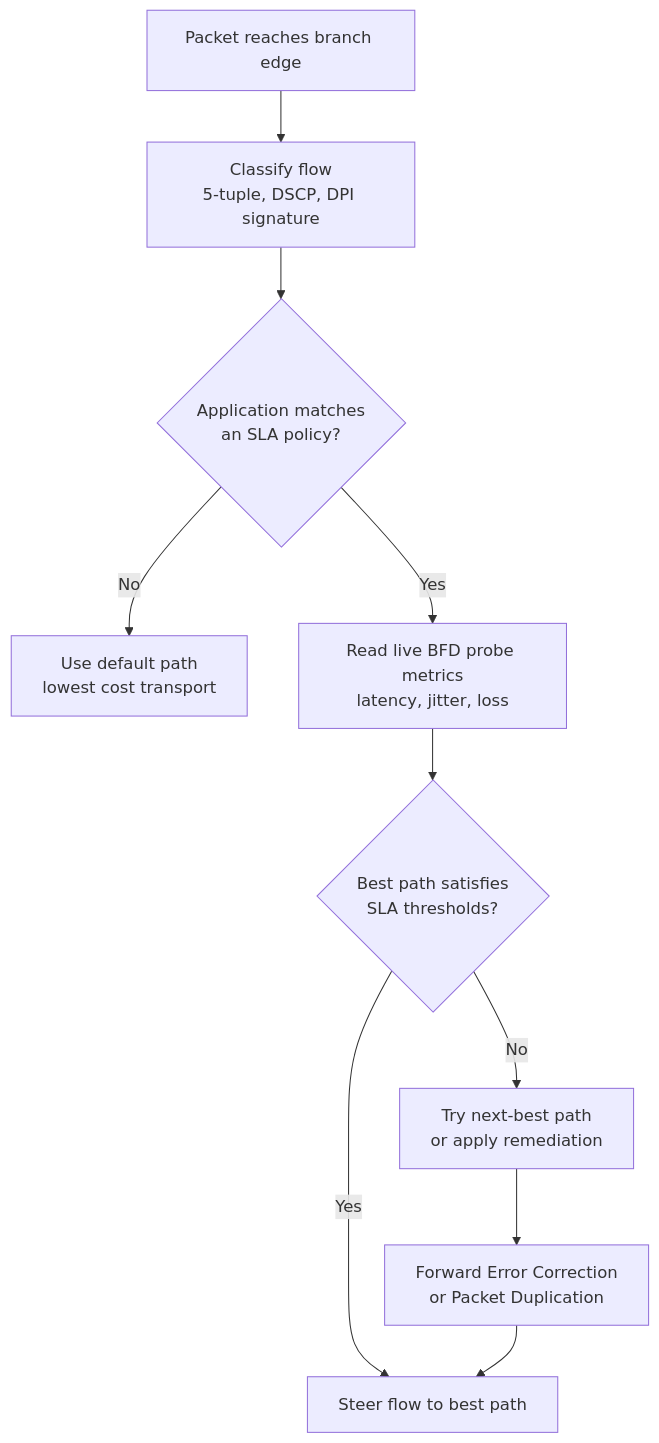
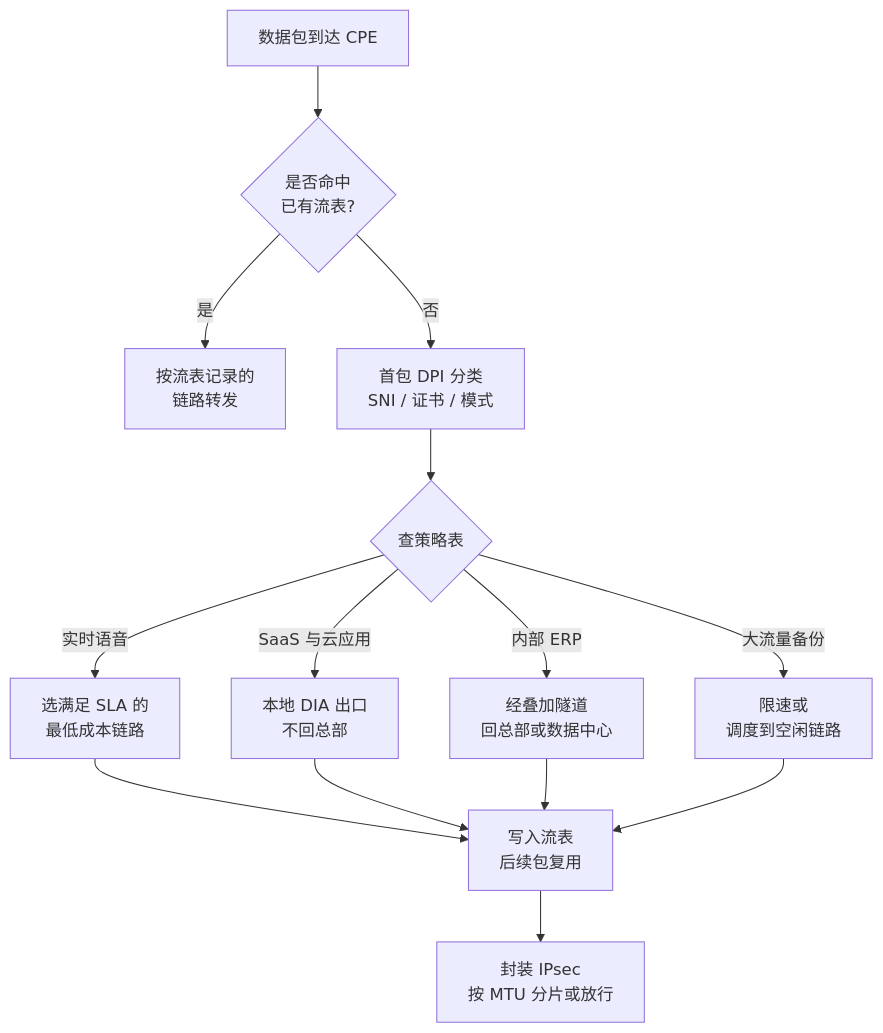
One commit to gjj-star/MyObsidian changed the second of 3 diagrams in 知识/开发工具/环境与部署/SD-WAN.md. Above: the diagram before and after it, drawn with Mermaid. The commit also changed other lines of this file and 4 other files, not shown here.

````diff
--- a/知识/开发工具/环境与部署/SD-WAN.md
+++ b/知识/开发工具/环境与部署/SD-WAN.md
@@ -105,12 +106,16 @@
 ```mermaid
 flowchart TD
-    A["Packet reaches branch edge"] --> B["Classify flow<br/>5-tuple, DSCP, DPI signature"]
-    B --> C{"Application matches<br/>an SLA policy?"}
-    C -->|"No"| D["Use default path<br/>lowest cost transport"]
-    C -->|"Yes"| E["Read live BFD probe metrics<br/>latency, jitter, loss"]
-    E --> F{"Best path satisfies<br/>SLA thresholds?"}
-    F -->|"Yes"| G["Steer flow to best path"]
-    F -->|"No"| H["Try next-best path<br/>or apply remediation"]
-    H --> I["Forward Error Correction<br/>or Packet Duplication"]
-    I --> G
+    A["数据包到达 CPE"] --> B{"是否命中<br/>已有流表?"}
+    B -->|"是"| C["按流表记录的<br/>链路转发"]
+    B -->|"否"| D["首包 DPI 分类<br/>SNI / 证书 / 模式"]
+    D --> E{"查策略表"}
+    E -->|"实时语音"| F["选满足 SLA 的<br/>最低成本链路"]
+    E -->|"SaaS 与云应用"| G["本地 DIA 出口<br/>不回总部"]
+    E -->|"内部 ERP"| H["经叠加隧道<br/>回总部或数据中心"]
+    E -->|"大流量备份"| I["限速或<br/>调度到空闲链路"]
+    F --> J["写入流表<br/>后续包复用"]
+    G --> J
+    H --> J
+    I --> J
+    J --> K["封装 IPsec<br/>按 MTU 分片或放行"]
 ```
````
